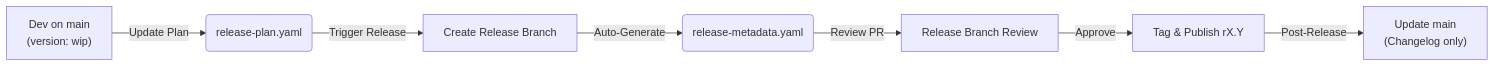
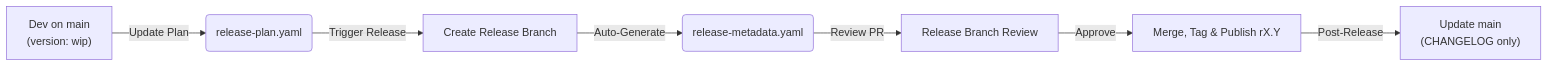
Before and after one commit to camaraproject/ReleaseManagement: the diagram in documentation/Release_Process.md, drawn with Mermaid. The commit also changed other lines of this file, not shown here.

First line of the commit message:
Revise API release process documentation 3

````diff
--- a/documentation/Release_Process.md
+++ b/documentation/Release_Process.md
@@ -48,9 +48,9 @@
 ```mermaid
 graph LR
     A["Dev on main<br>(version: wip)"] -->|Update Plan| B(release-plan.yaml)
     B -->|Trigger Release| C[Create Release Branch]
     C -->|Auto-Generate| D(release-metadata.yaml)
     D -->|Review PR| E[Release Branch Review]
-    E -->|Approve| F[Tag & Publish rX.Y]
-    F -->|Post-Release| G["Update main<br>(Changelog only)"]
+    E -->|Approve| F[Merge, Tag & Publish rX.Y]
+    F -->|Post-Release| G["Update main<br>(CHANGELOG only)"]
 ```
````
